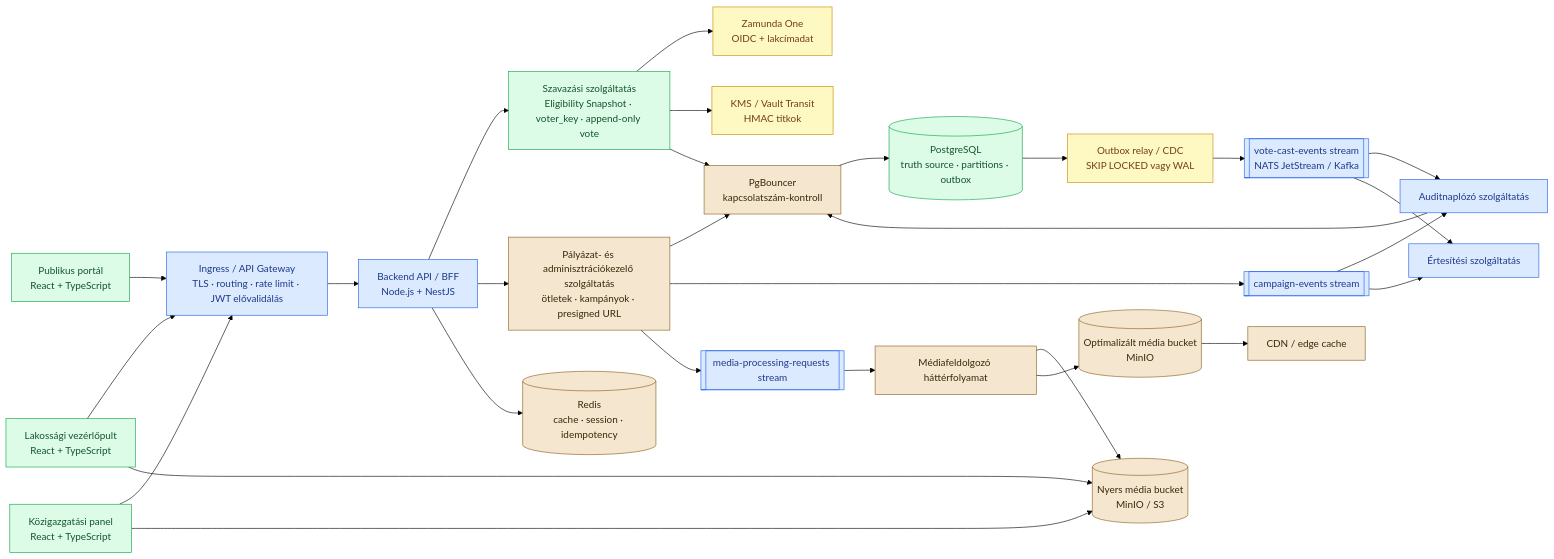
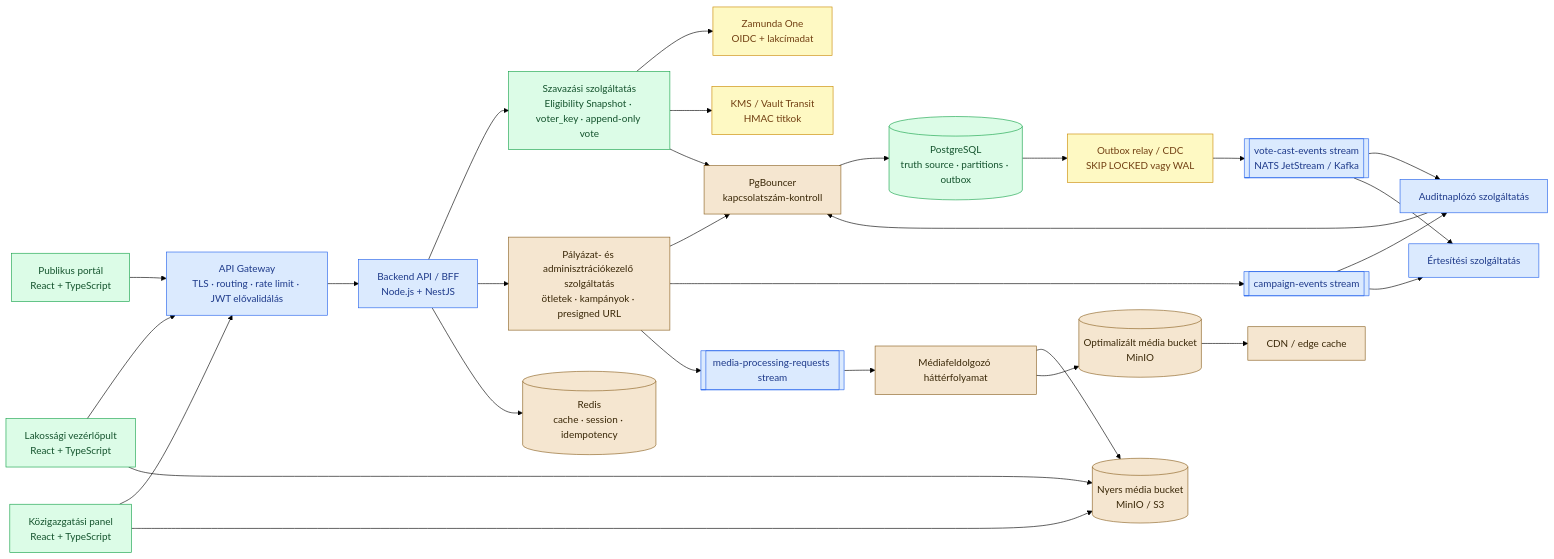
One commit to unideb-advanced-software-engineering/26-tavasz-04-community-choice changed the diagram in community-choice-vedes-visual-assets/architecture-overview.mmd. Above: the diagram before and after it, drawn with Mermaid (forest theme). The commit also changed 11 other files, not shown here.

```diff
--- a/community-choice-vedes-visual-assets/architecture-overview.mmd
+++ b/community-choice-vedes-visual-assets/architecture-overview.mmd
@@ -1,41 +1,41 @@
 flowchart LR
-  Public["Publikus portál\nReact + TypeScript"] --> Edge["Ingress / API Gateway\nTLS · routing · rate limit · JWT elővalidálás"]
+  Public["Publikus portál\nReact + TypeScript"] --> Edge["API Gateway\nTLS · routing · rate limit · JWT elővalidálás"]
   Dashboard["Lakossági vezérlőpult\nReact + TypeScript"] --> Edge
   Admin["Közigazgatási panel\nReact + TypeScript"] --> Edge
   Edge --> BFF["Backend API / BFF\nNode.js + NestJS"]
 
   BFF --> VoteSvc["Szavazási szolgáltatás\nEligibility Snapshot · voter_key · append-only vote"]
   BFF --> CampaignSvc["Pályázat- és adminisztrációkezelő szolgáltatás\nötletek · kampányok · presigned URL"]
   VoteSvc --> Z1["Zamunda One\nOIDC + lakcímadat"]
   VoteSvc --> KMS["KMS / Vault Transit\nHMAC titkok"]
 
   VoteSvc --> Pooler["PgBouncer\nkapcsolatszám-kontroll"]
   CampaignSvc --> Pooler
   Audit --> Pooler
   Pooler --> DB[("PostgreSQL\ntruth source · partitions · outbox")]
   DB --> Relay["Outbox relay / CDC\nSKIP LOCKED vagy WAL"]
   Relay --> VoteStream[["vote-cast-events stream\nNATS JetStream / Kafka"]]
 
   CampaignSvc --> CampaignStream[["campaign-events stream"]]
   CampaignSvc --> MediaStream[["media-processing-requests stream"]]
   VoteStream --> Audit["Auditnaplózó szolgáltatás"]
   VoteStream --> Notify["Értesítési szolgáltatás"]
   CampaignStream --> Audit
   CampaignStream --> Notify
   MediaStream --> MediaWorker["Médiafeldolgozó háttérfolyamat"]
 
   Dashboard --> Raw[("Nyers média bucket\nMinIO / S3")]
   Admin --> Raw
   MediaWorker --> Raw
   MediaWorker --> Optimized[("Optimalizált média bucket\nMinIO")]
   Optimized --> CDN["CDN / edge cache"]
   BFF --> Redis[("Redis\ncache · session · idempotency")]
 
   classDef green fill:#dcfce7,stroke:#16a34a,color:#14532d;
   classDef blue fill:#dbeafe,stroke:#2563eb,color:#1e3a8a;
   classDef gold fill:#fef9c3,stroke:#ca8a04,color:#713f12;
   classDef earth fill:#f5e6d0,stroke:#8a6020,color:#3a2808;
   class Public,Dashboard,Admin,VoteSvc,DB green;
   class Edge,BFF,VoteStream,CampaignStream,MediaStream,Audit,Notify blue;
   class KMS,Relay,Z1 gold;
   class CampaignSvc,Pooler,Raw,Optimized,Redis,MediaWorker,CDN earth;
```
